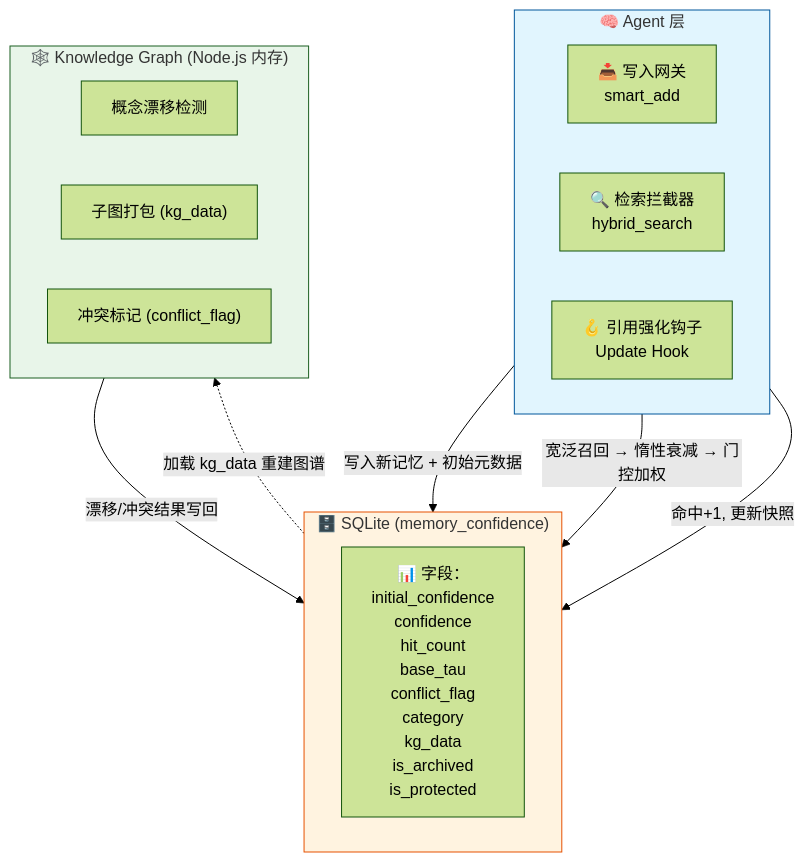
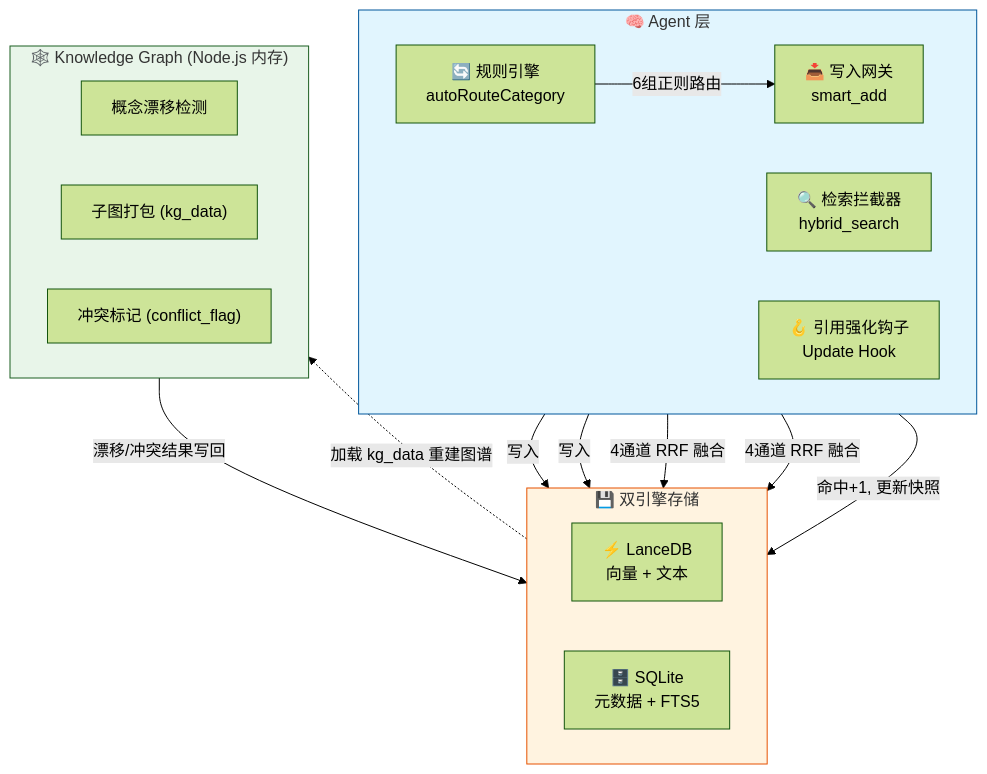
The diagram in README.md (lionsol/memory-engine), drawn with Mermaid (forest theme) before and after one commit. The commit also changed other lines of this file and 3 other files, not shown here.

First line of the commit message:
v1.4: autoRouteCategory + LanceDB dual-engine + checkpoint enhancement

````diff
--- a/README.md
+++ b/README.md
@@ -26,31 +26,36 @@
 ```mermaid
 graph TD
     subgraph Agent["🧠 Agent 层"]
         direction LR
+        AC["🔄 规则引擎<br/>autoRouteCategory"]
         GW["📥 写入网关<br/>smart_add"]
         IR["🔍 检索拦截器<br/>hybrid_search"]
         CH["🪝 引用强化钩子<br/>Update Hook"]
     end
 
-    subgraph SQLite["🗄️ SQLite (memory_confidence)"]
+    subgraph Dual["💾 双引擎存储"]
         direction LR
-        TBL["📊 字段：<br/>initial_confidence<br/>confidence<br/>hit_count<br/>base_tau<br/>conflict_flag<br/>category<br/>kg_data<br/>is_archived<br/>is_protected"]
+        LDB["⚡ LanceDB<br/>向量 + 文本"]
+        SQL["🗄️ SQLite<br/>元数据 + FTS5"]
     end
 
     subgraph KG["🕸️ Knowledge Graph (Node.js 内存)"]
         direction LR
         DRIFT["概念漂移检测"]
         PACK["子图打包 (kg_data)"]
         CONFLICT["冲突标记 (conflict_flag)"]
     end
 
-    GW -->|"写入新记忆 + 初始元数据"| TBL
-    IR -->|"宽泛召回 → 惰性衰减 → 门控加权"| TBL
-    CH -->|"命中+1, 更新快照"| TBL
-    TBL -.->|"加载 kg_data 重建图谱"| KG
-    KG -->|"漂移/冲突结果写回"| TBL
+    AC -->|"6组正则路由"| GW
+    GW -->|"写入"| LDB
+    GW -->|"写入"| SQL
+    IR -->|"4通道 RRF 融合"| LDB
+    IR -->|"4通道 RRF 融合"| SQL
+    CH -->|"命中+1, 更新快照"| SQL
+    SQL -.->|"加载 kg_data 重建图谱"| KG
+    KG -->|"漂移/冲突结果写回"| SQL
 
     style Agent fill:#e1f5fe,stroke:#01579b
-    style SQLite fill:#fff3e0,stroke:#e65100
+    style Dual fill:#fff3e0,stroke:#e65100
     style KG fill:#e8f5e9,stroke:#1b5e20
 ```
````
